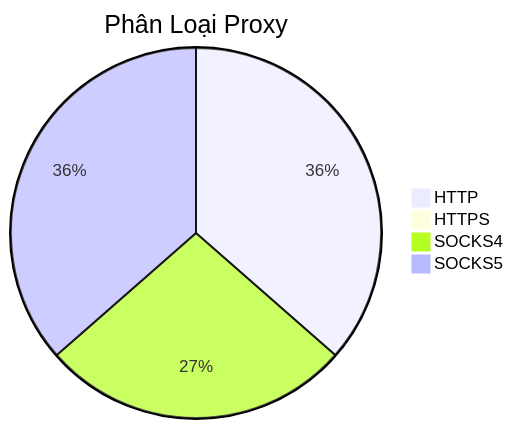
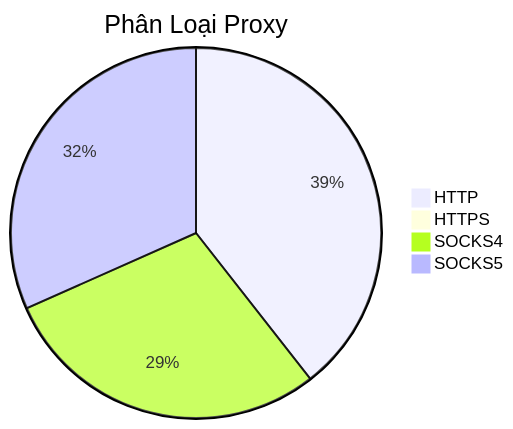
Before and after one commit to Ciara-12/PROXY-free: the diagram in README.md, drawn with Mermaid. The commit also changed other lines of this file and 3 other files, not shown here.

````diff
--- a/README.md
+++ b/README.md
@@ -26,7 +26,7 @@
 ```mermaid
 pie title Phân Loại Proxy
-    "HTTP" : 362
+    "HTTP" : 477
     "HTTPS" : 0
-    "SOCKS4" : 269
-    "SOCKS5" : 362
+    "SOCKS4" : 350
+    "SOCKS5" : 383
 ```
````
